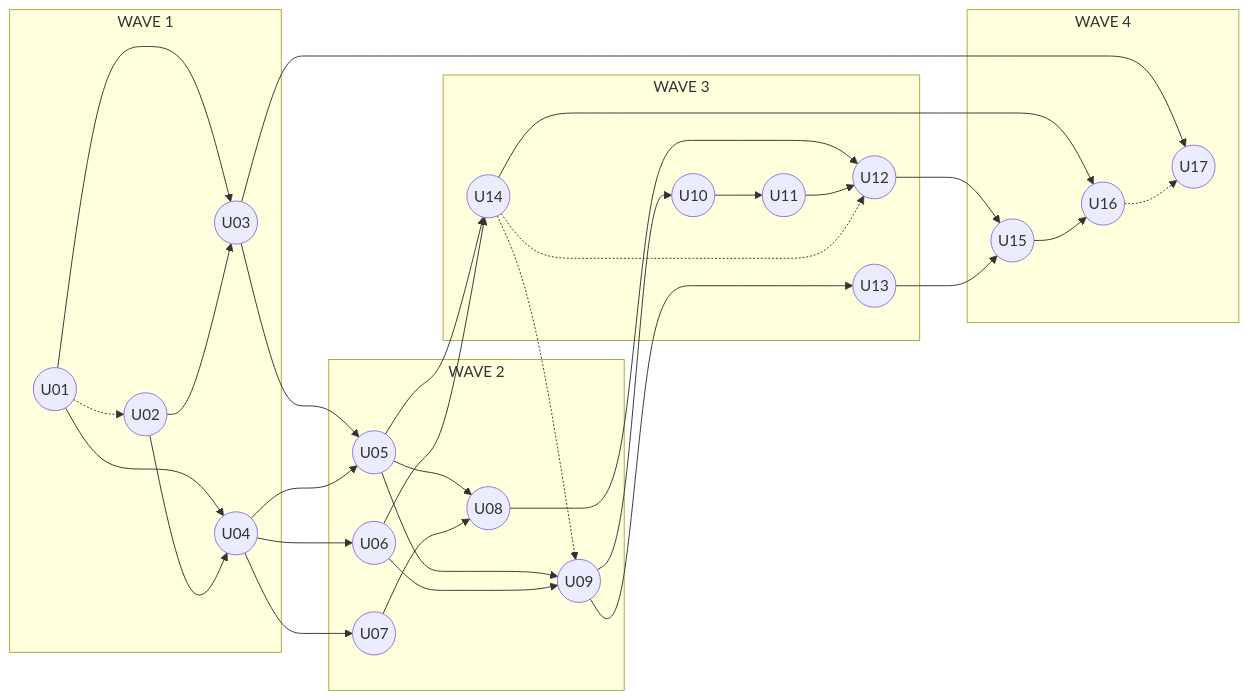
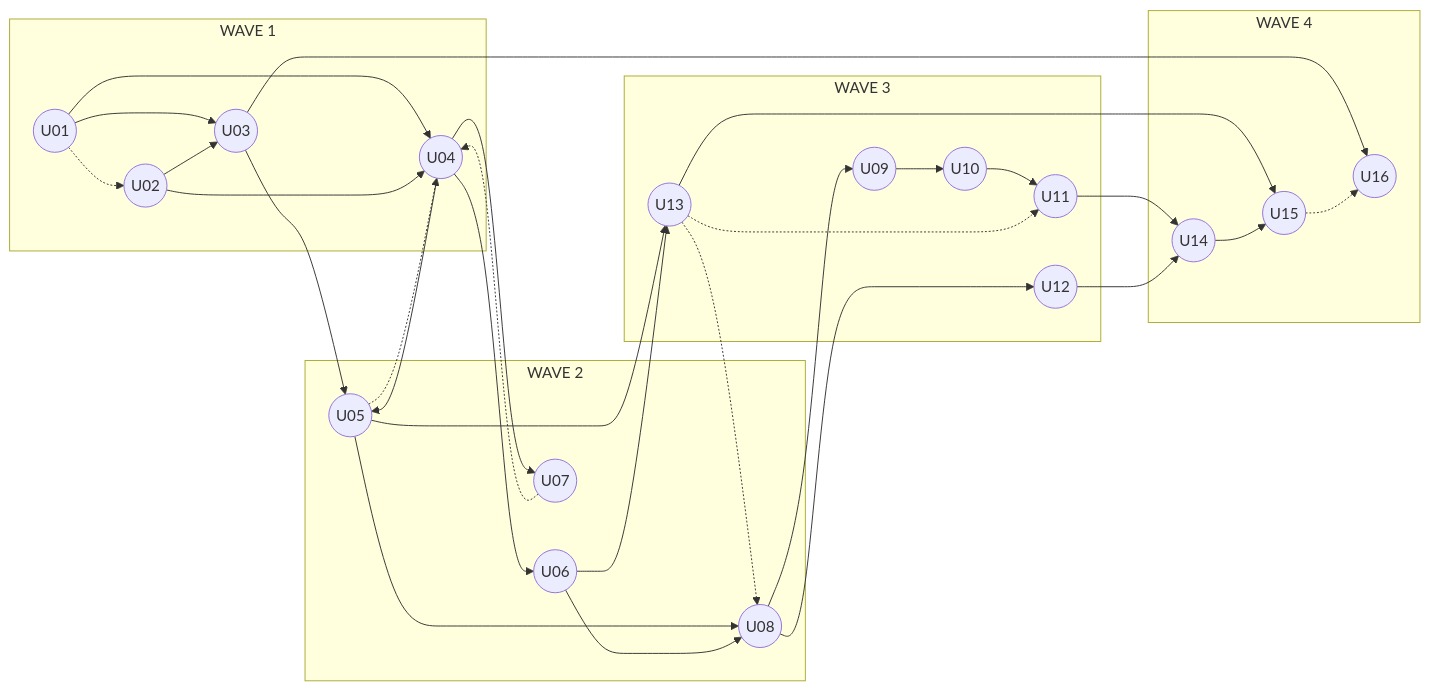
The diagram in aidlc-docs/inception/application-design/unit-of-work-dependency.md (hygef-v4/AI-Powered-Learning-Platform), drawn with Mermaid before and after one commit. The commit also changed other lines of this file and 7 other files, not shown here.

````diff
--- a/aidlc-docs/inception/application-design/unit-of-work-dependency.md
+++ b/aidlc-docs/inception/application-design/unit-of-work-dependency.md
@@ -31,58 +30,56 @@
 ```mermaid
 flowchart LR
     subgraph W1["WAVE 1"]
         U01((U01))
         U02((U02))
         U03((U03))
         U04((U04))
     end
     subgraph W2["WAVE 2"]
         U05((U05))
         U06((U06))
         U07((U07))
         U08((U08))
-        U09((U09))
     end
     subgraph W3["WAVE 3"]
+        U09((U09))
         U10((U10))
-        U13((U13))
         U11((U11))
         U12((U12))
-        U14((U14))
+        U13((U13))
     end
     subgraph W4["WAVE 4"]
+        U14((U14))
         U15((U15))
         U16((U16))
-        U17((U17))
     end
 
     U01 --> U03
     U01 --> U04
     U02 --> U03
     U02 --> U04
     U03 --> U05
     U04 --> U05
     U04 --> U06
     U04 --> U07
     U05 --> U08
-    U07 --> U08
-    U05 --> U09
-    U06 --> U09
+    U06 --> U08
+    U05 --> U13
+    U06 --> U13
+    U08 --> U09
+    U08 --> U12
     U09 --> U10
     U10 --> U11
-    U08 --> U12
-    U11 --> U12
-    U09 --> U13
-    U05 --> U14
-    U06 --> U14
-    U12 --> U15
+    U11 --> U14
+    U12 --> U14
     U13 --> U15
-    U14 --> U16
-    U15 --> U16
-    U03 --> U17
+    U14 --> U15
+    U03 --> U16
 
     U01 -.-> U02
-    U14 -.-> U09
-    U14 -.-> U12
-    U16 -.-> U17
+    U05 -.-> U04
+    U07 -.-> U04
+    U13 -.-> U08
+    U13 -.-> U11
+    U15 -.-> U16
 ```
````
